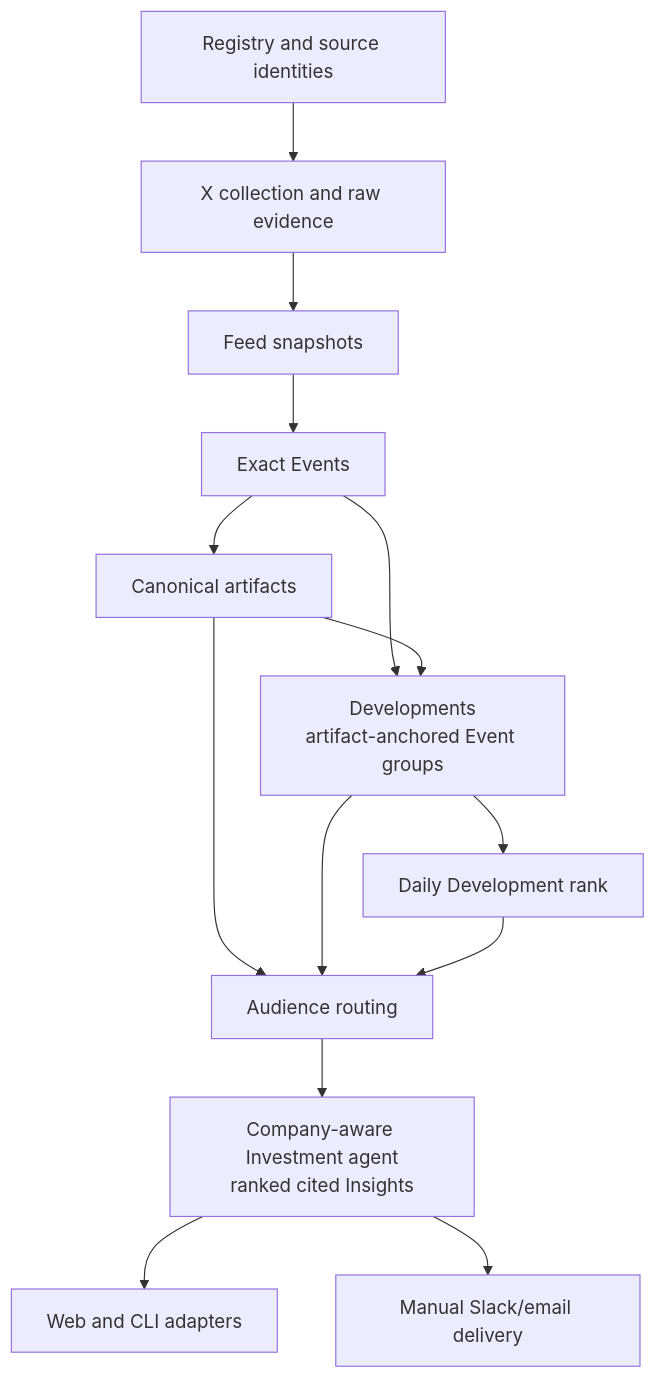
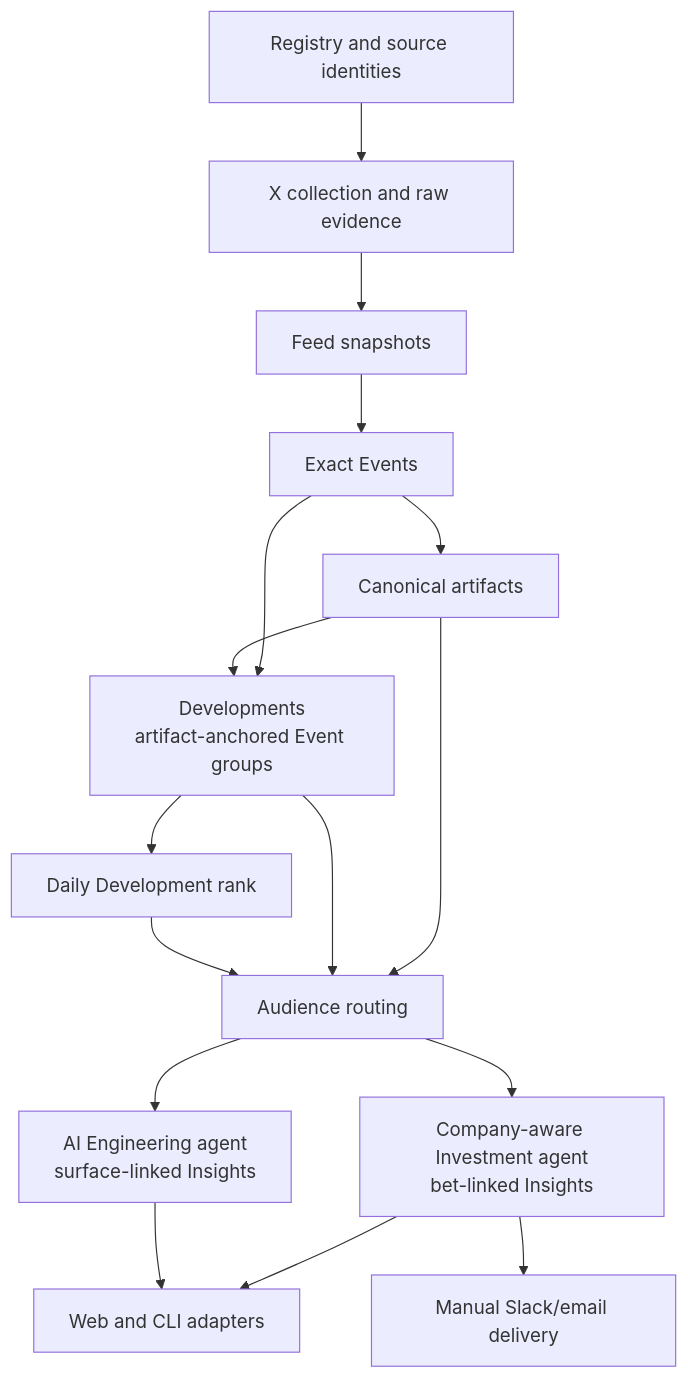
The diagram in docs/architecture/code-map.md (AdithyanI/frontier-lab-intelligence), drawn with Mermaid before and after one commit. The commit also changed other lines of this file and 7 other files, not shown here.

````diff
--- a/docs/architecture/code-map.md
+++ b/docs/architecture/code-map.md
@@ -9,16 +9,18 @@
 ```mermaid
 flowchart TD
     R["Registry and source identities"] --> X["X collection and raw evidence"]
     X --> F["Feed snapshots"]
     F --> E["Exact Events"]
     E --> A["Canonical artifacts"]
     E --> V["Developments<br/>artifact-anchored Event groups"]
     A --> V
     V --> S["Daily Development rank"]
     A --> U["Audience routing"]
     V --> U
     S --> U
-    U --> I["Company-aware Investment agent<br/>ranked cited Insights"]
+    U --> I["Company-aware Investment agent<br/>bet-linked Insights"]
+    U --> G["AI Engineering agent<br/>surface-linked Insights"]
     I --> W["Web and CLI adapters"]
+    G --> W
     I --> D["Manual Slack/email delivery"]
 ```
````
